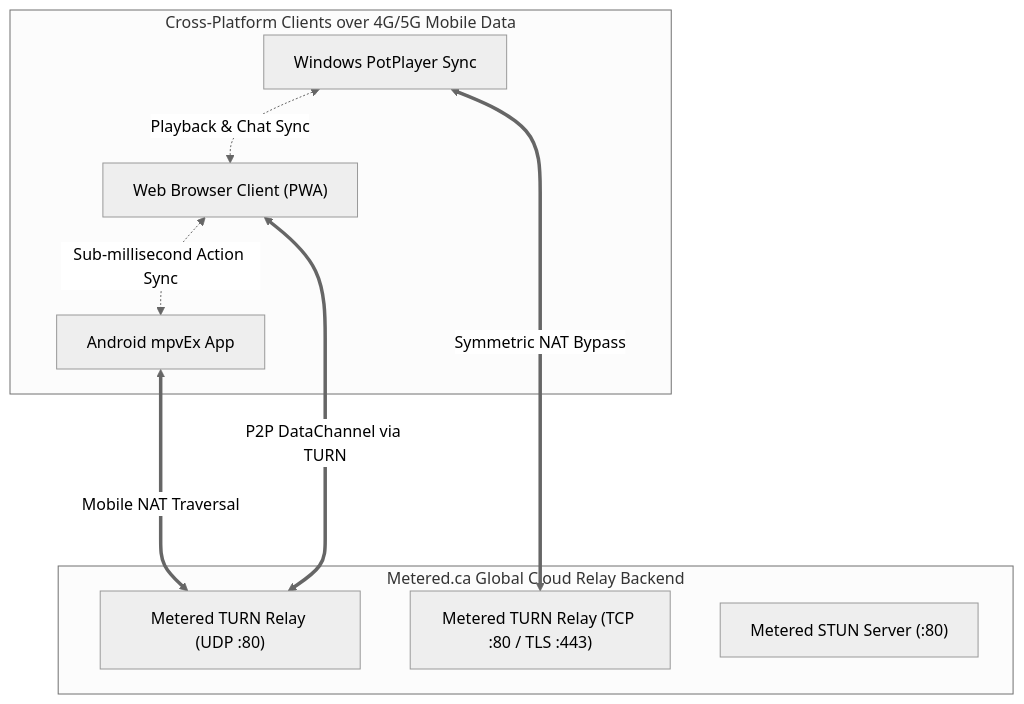
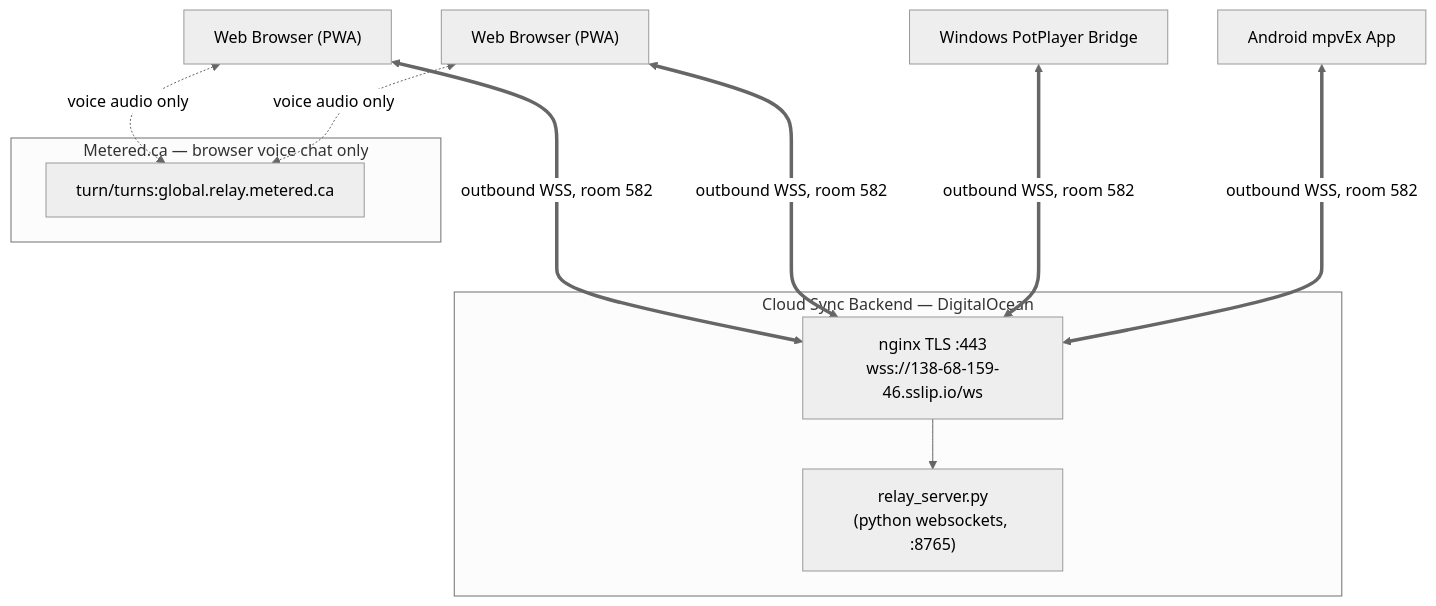
The diagram in HANDOVER.md (likhonmain/Ultimate_Watch_together_by_Likhon), drawn with Mermaid (neutral theme) before and after one commit. The commit also changed other lines of this file and 14 other files, not shown here.

Commit message:
feat: update web app, potplayer sync, protocol specification, and mpvEx submodule

````diff
--- a/HANDOVER.md
+++ b/HANDOVER.md
@@ -28,20 +45,24 @@
 ```mermaid
 flowchart TB
-    subgraph MeteredBackend [Metered.ca Global Cloud Relay Backend]
-        TURN_UDP["Metered TURN Relay (UDP :80)"]
-        TURN_TCP["Metered TURN Relay (TCP :80 / TLS :443)"]
-        STUN["Metered STUN Server (:80)"]
+    subgraph Relay [Cloud Sync Backend — DigitalOcean]
+        WSS["nginx TLS :443<br/>wss://138-68-159-46.sslip.io/ws"]
+        PY["relay_server.py<br/>(python websockets, :8765)"]
+        WSS --> PY
     end
 
-    subgraph Clients [Cross-Platform Clients over 4G/5G Mobile Data]
-        Android["Android mpvEx App"]
-        PotPlayer["Windows PotPlayer Sync"]
-        WebBrowser["Web Browser Client (PWA)"]
+    subgraph Voice [Metered.ca — browser voice chat only]
+        TURN["turn/turns:global.relay.metered.ca"]
     end
 
-    Android <===>|Mobile NAT Traversal| TURN_UDP
-    PotPlayer <===>|Symmetric NAT Bypass| TURN_TCP
-    WebBrowser <===>|P2P DataChannel via TURN| TURN_UDP
-    WebBrowser <-.->|Sub-millisecond Action Sync| Android
-    PotPlayer <-.->|Playback & Chat Sync| WebBrowser
+    Android["Android mpvEx App"]
+    PotPlayer["Windows PotPlayer Bridge"]
+    WebA["Web Browser (PWA)"]
+    WebB["Web Browser (PWA)"]
+
+    Android <===>|outbound WSS, room 582| WSS
+    PotPlayer <===>|outbound WSS, room 582| WSS
+    WebA <===>|outbound WSS, room 582| WSS
+    WebB <===>|outbound WSS, room 582| WSS
+    WebA <-.->|voice audio only| TURN
+    WebB <-.->|voice audio only| TURN
 ```
````
